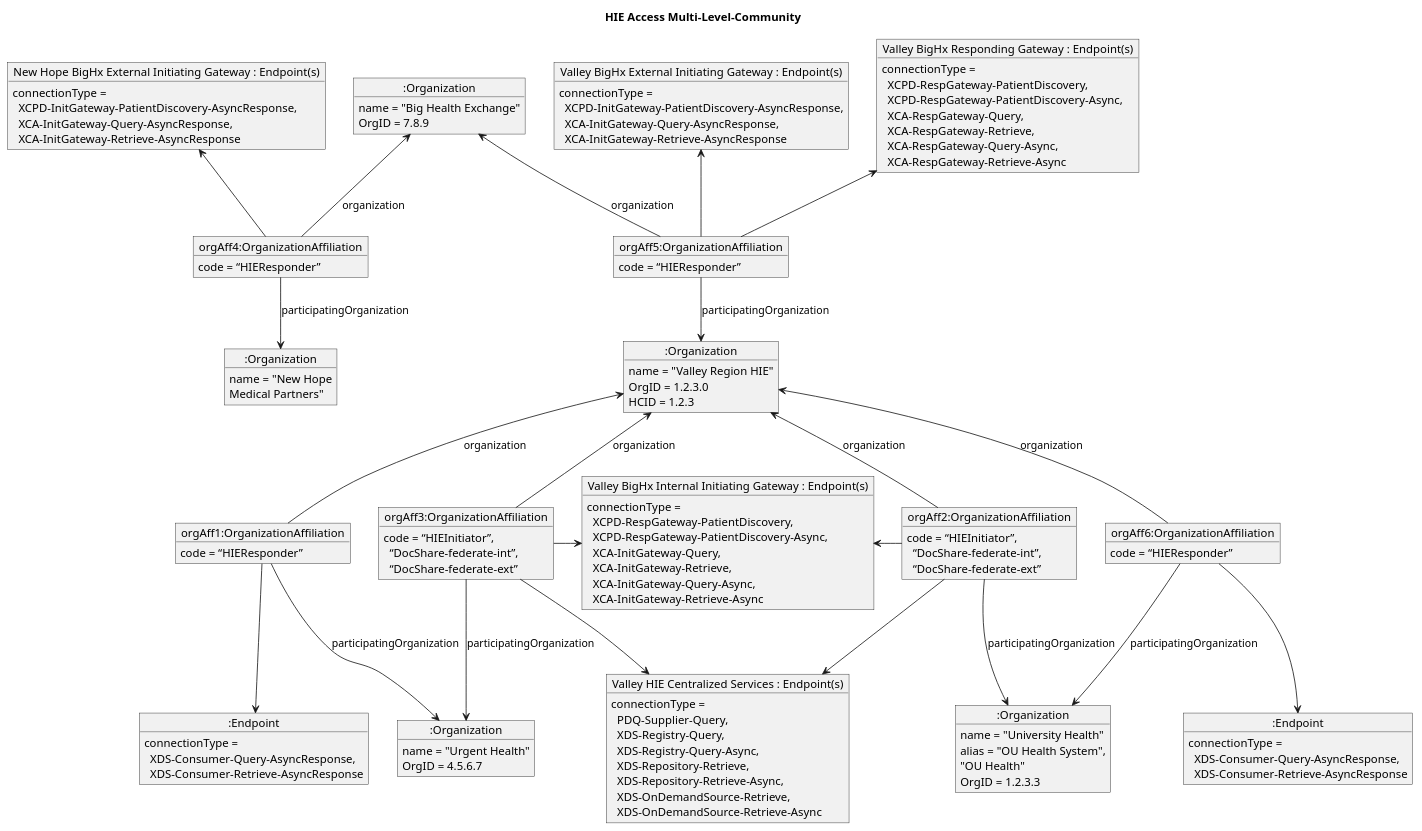
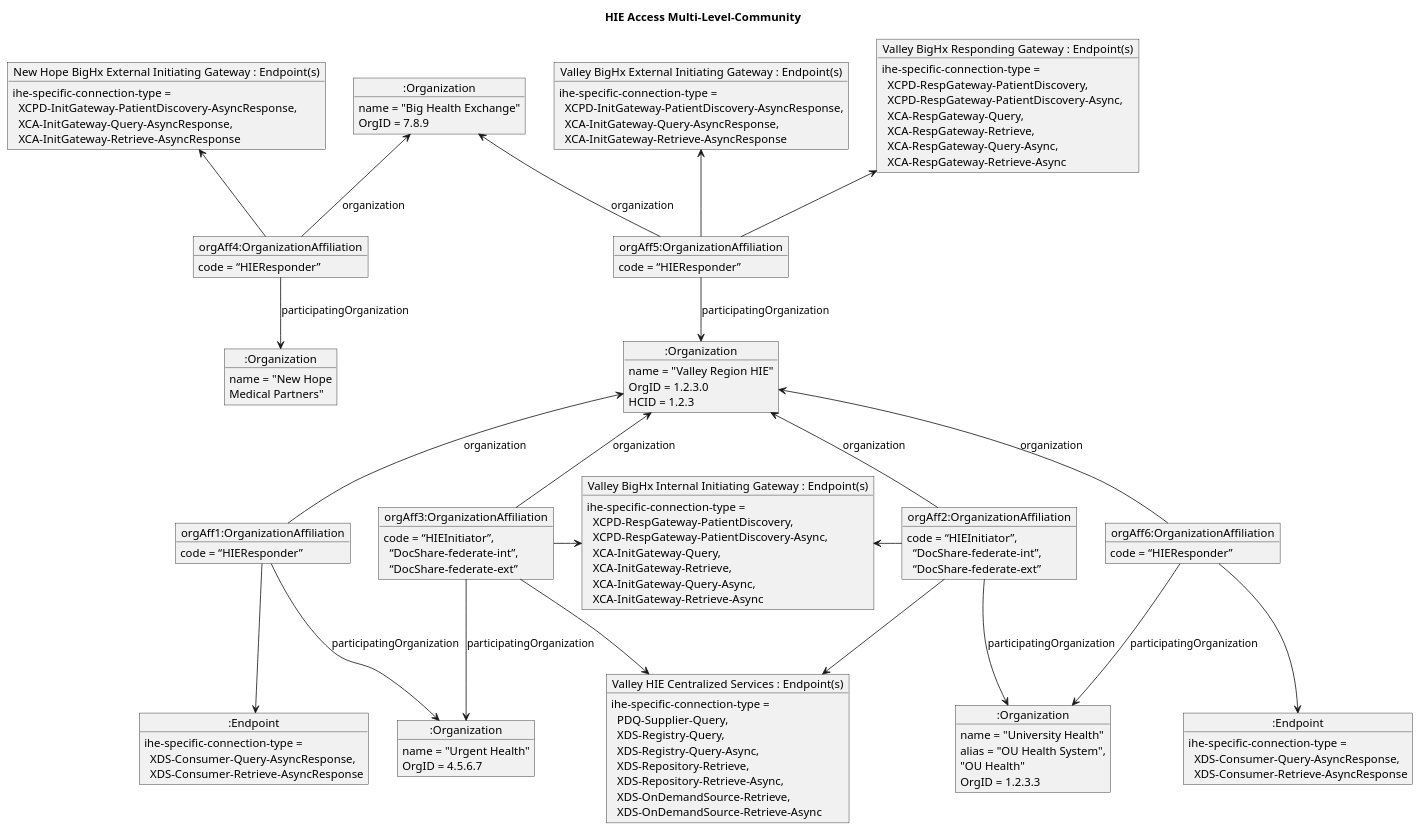
One commit to HL7/fhir-us-ndh changed the diagram in input/images-source/OrganizationAffiliationIHE3.plantuml. Above: the diagram before and after it, drawn with PlantUML. The commit also changed 1 other file, not shown here.

```diff
--- a/input/images-source/OrganizationAffiliationIHE3.plantuml
+++ b/input/images-source/OrganizationAffiliationIHE3.plantuml
@@ -1,88 +1,88 @@
 @startuml 
 
 title "HIE Access Multi-Level-Community "
 object ":Organization" as nhie
 nhie : name = "Big Health Exchange"
 nhie : OrgID = 7.8.9
 
 object ":Organization" as Partners
 Partners : name = "New Hope\nMedical Partners"
 
 object "New Hope BigHx External Initiating Gateway : Endpoint(s)" as ig1
-ig1 : connectionType =\n  XCPD-InitGateway-PatientDiscovery-AsyncResponse,\n  XCA-InitGateway-Query-AsyncResponse,\n  XCA-InitGateway-Retrieve-AsyncResponse
+ig1 : ihe-specific-connection-type =\n  XCPD-InitGateway-PatientDiscovery-AsyncResponse,\n  XCA-InitGateway-Query-AsyncResponse,\n  XCA-InitGateway-Retrieve-AsyncResponse
 
 object "orgAff4:OrganizationAffiliation" as OrgAff4
 OrgAff4 : code = “HIEResponder”
 OrgAff4 --> Partners : participatingOrganization
 nhie <-- OrgAff4 : organization
 ig1 <-- OrgAff4
 
 object ":Organization" as hie
 hie : name = "Valley Region HIE"
 hie : OrgID = 1.2.3.0
 hie : HCID = 1.2.3
 
 object "orgAff5:OrganizationAffiliation" as OrgAff5
 OrgAff5 : code = “HIEResponder”
 OrgAff5 --> hie : participatingOrganization
 nhie <-- OrgAff5 : organization
 
 object "Valley BigHx Responding Gateway : Endpoint(s)" as rg1
-rg1 : connectionType = \n  XCPD-RespGateway-PatientDiscovery,\n  XCPD-RespGateway-PatientDiscovery-Async,\n  XCA-RespGateway-Query,\n  XCA-RespGateway-Retrieve,\n  XCA-RespGateway-Query-Async,\n  XCA-RespGateway-Retrieve-Async
+rg1 : ihe-specific-connection-type = \n  XCPD-RespGateway-PatientDiscovery,\n  XCPD-RespGateway-PatientDiscovery-Async,\n  XCA-RespGateway-Query,\n  XCA-RespGateway-Retrieve,\n  XCA-RespGateway-Query-Async,\n  XCA-RespGateway-Retrieve-Async
 rg1 <-- OrgAff5
 
 object "Valley BigHx External Initiating Gateway : Endpoint(s)" as ig2
-ig2 : connectionType =\n  XCPD-InitGateway-PatientDiscovery-AsyncResponse,\n  XCA-InitGateway-Query-AsyncResponse,\n  XCA-InitGateway-Retrieve-AsyncResponse
+ig2 : ihe-specific-connection-type =\n  XCPD-InitGateway-PatientDiscovery-AsyncResponse,\n  XCA-InitGateway-Query-AsyncResponse,\n  XCA-InitGateway-Retrieve-AsyncResponse
 ig2 <-- OrgAff5
 
 object "Valley BigHx Internal Initiating Gateway : Endpoint(s)" as ig3
-ig3 : connectionType = \n  XCPD-RespGateway-PatientDiscovery,\n  XCPD-RespGateway-PatientDiscovery-Async,\n  XCA-InitGateway-Query,\n  XCA-InitGateway-Retrieve,\n  XCA-InitGateway-Query-Async,\n  XCA-InitGateway-Retrieve-Async
+ig3 : ihe-specific-connection-type = \n  XCPD-RespGateway-PatientDiscovery,\n  XCPD-RespGateway-PatientDiscovery-Async,\n  XCA-InitGateway-Query,\n  XCA-InitGateway-Retrieve,\n  XCA-InitGateway-Query-Async,\n  XCA-InitGateway-Retrieve-Async
 
 object "Valley HIE Centralized Services : Endpoint(s)" as hieEndpoints
-hieEndpoints : connectionType = \n  PDQ-Supplier-Query,\n  XDS-Registry-Query,\n  XDS-Registry-Query-Async,\n  XDS-Repository-Retrieve,\n  XDS-Repository-Retrieve-Async,\n  XDS-OnDemandSource-Retrieve,\n  XDS-OnDemandSource-Retrieve-Async
+hieEndpoints : ihe-specific-connection-type = \n  PDQ-Supplier-Query,\n  XDS-Registry-Query,\n  XDS-Registry-Query-Async,\n  XDS-Repository-Retrieve,\n  XDS-Repository-Retrieve-Async,\n  XDS-OnDemandSource-Retrieve,\n  XDS-OnDemandSource-Retrieve-Async
 
 object ":Organization" as OU
 OU : name = "University Health"
 OU : alias = "OU Health System",\n"OU Health"
 OU : OrgID = 1.2.3.3
 
 object ":Organization" as Urgent
 Urgent : name = "Urgent Health"
 Urgent : OrgID = 4.5.6.7
 
 object "orgAff1:OrganizationAffiliation" as OrgAff1
 OrgAff1 : code = “HIEResponder”
 OrgAff1 --> Urgent : participatingOrganization
 hie <-- OrgAff1 : organization
 
 object "orgAff2:OrganizationAffiliation" as OrgAff2
 OrgAff2 : code = “HIEInitiator”,\n  “DocShare-federate-int”,\n  “DocShare-federate-ext”
 OrgAff2 --> OU : participatingOrganization
 hie <-- OrgAff2 : organization
 ig3 <- OrgAff2
 OrgAff2 -> hieEndpoints
 
 object "orgAff3:OrganizationAffiliation" as OrgAff3
 OrgAff3 : code = “HIEInitiator”,\n  “DocShare-federate-int”,\n  “DocShare-federate-ext”
 OrgAff3 --> Urgent : participatingOrganization
 hie <-- OrgAff3 : organization
 OrgAff3 -> ig3
 OrgAff3 -> hieEndpoints
 
 object "orgAff6:OrganizationAffiliation" as OrgAff6
 OrgAff6 : code = “HIEResponder”
 OrgAff6 --> OU : participatingOrganization
 hie <-- OrgAff6 : organization
 
 ig3 -[hidden]- hieEndpoints
 OrgAff1 -[hidden] OrgAff3
 
 object ":Endpoint" as con2
-con2 : connectionType = \n  XDS-Consumer-Query-AsyncResponse,\n  XDS-Consumer-Retrieve-AsyncResponse
+con2 : ihe-specific-connection-type = \n  XDS-Consumer-Query-AsyncResponse,\n  XDS-Consumer-Retrieve-AsyncResponse
 OrgAff6 --> con2
 
 object ":Endpoint" as con3
-con3 : connectionType = \n  XDS-Consumer-Query-AsyncResponse,\n  XDS-Consumer-Retrieve-AsyncResponse
+con3 : ihe-specific-connection-type = \n  XDS-Consumer-Query-AsyncResponse,\n  XDS-Consumer-Retrieve-AsyncResponse
 OrgAff1 --> con3
 
 @enduml
```
